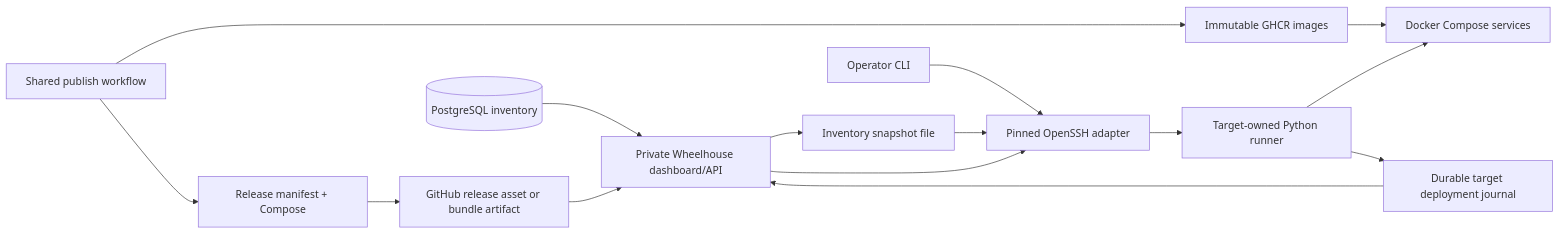
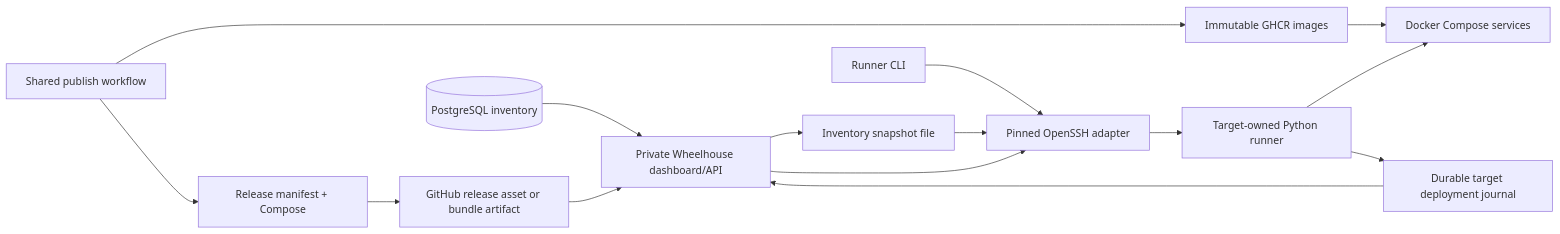
The diagram in engineering/architecture/architecture.md (wow-two-platform/wow-two-platform.wheelhouse), drawn with Mermaid before and after one commit. The commit also changed other lines of this file and 178 other files, not shown here.

````diff
--- a/engineering/architecture/architecture.md
+++ b/engineering/architecture/architecture.md
@@ -12,17 +12,17 @@
 ```mermaid
 flowchart LR
   CI[Shared publish workflow] --> Images[Immutable GHCR images]
   CI --> Bundle[Release manifest + Compose]
   Bundle --> Release[GitHub release asset or bundle artifact]
   Release --> Dock[Private Wheelhouse dashboard/API]
   Inventory[(PostgreSQL inventory)] --> Dock
   Dock --> Snapshot[Inventory snapshot file]
   Snapshot --> SSH
   Dock --> SSH[Pinned OpenSSH adapter]
-  Operator[Operator CLI] --> SSH
+  CLI[Runner CLI] --> SSH
   SSH --> Runner[Target-owned Python runner]
   Runner --> Compose[Docker Compose services]
   Images --> Compose
   Runner --> Journal[Durable target deployment journal]
   Journal --> Dock
 ```
````
